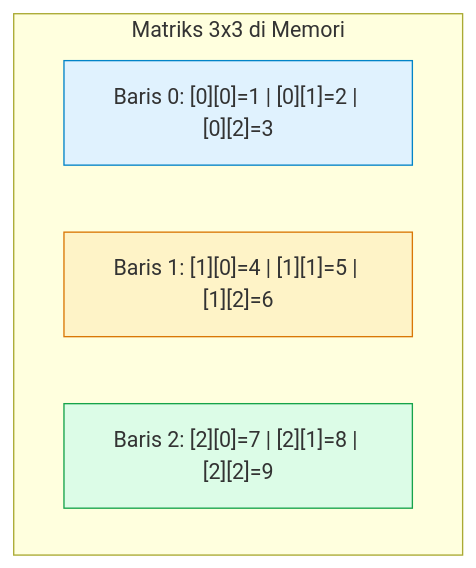
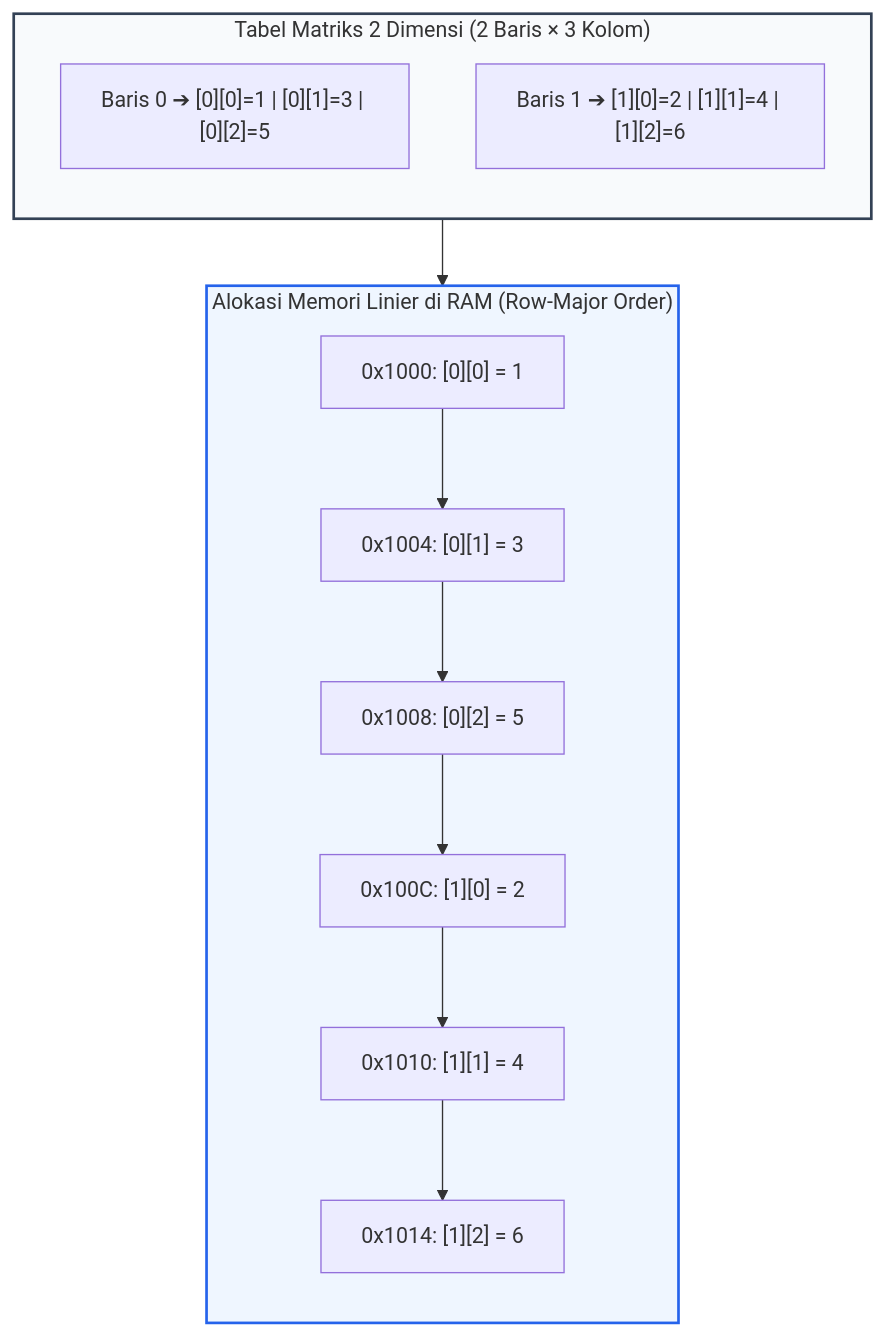
Before and after one commit to mahendaruui/Perkuliahan: the first of 3 diagrams in docs/algoritma-pemrograman/string.md, drawn with Mermaid. The commit also changed other lines of this file and 12 other files, not shown here.

````diff
--- a/docs/algoritma-pemrograman/string.md
+++ b/docs/algoritma-pemrograman/string.md
@@ -15,11 +17,23 @@
 ```mermaid
-graph TD
-    subgraph Matriks 3x3 di Memori
-        R0["Baris 0: [0][0]=1 | [0][1]=2 | [0][2]=3"]
-        R1["Baris 1: [1][0]=4 | [1][1]=5 | [1][2]=6"]
-        R2["Baris 2: [2][0]=7 | [2][1]=8 | [2][2]=9"]
+flowchart TD
+    subgraph Konseptual2D["Tabel Matriks 2 Dimensi (2 Baris × 3 Kolom)"]
+        direction TB
+        Row0["Baris 0 ➔ [0][0]=1 | [0][1]=3 | [0][2]=5"]
+        Row1["Baris 1 ➔ [1][0]=2 | [1][1]=4 | [1][2]=6"]
     end
-    style R0 fill:#e0f2fe,stroke:#0284c7
-    style R1 fill:#fef3c7,stroke:#d97706
-    style R2 fill:#dcfce7,stroke:#16a34a
+
+    subgraph Memory1D["Alokasi Memori Linier di RAM (Row-Major Order)"]
+        direction TB
+        M0["0x1000: [0][0] = 1"]
+        --> M1["0x1004: [0][1] = 3"]
+        --> M2["0x1008: [0][2] = 5"]
+        --> M3["0x100C: [1][0] = 2"]
+        --> M4["0x1010: [1][1] = 4"]
+        --> M5["0x1014: [1][2] = 6"]
+    end
+
+    Konseptual2D --> Memory1D
+
+    style Konseptual2D fill:#f8fafc,stroke:#334155,stroke-width:2px
+    style Memory1D fill:#eff6ff,stroke:#2563eb,stroke-width:2px
 ```
````
